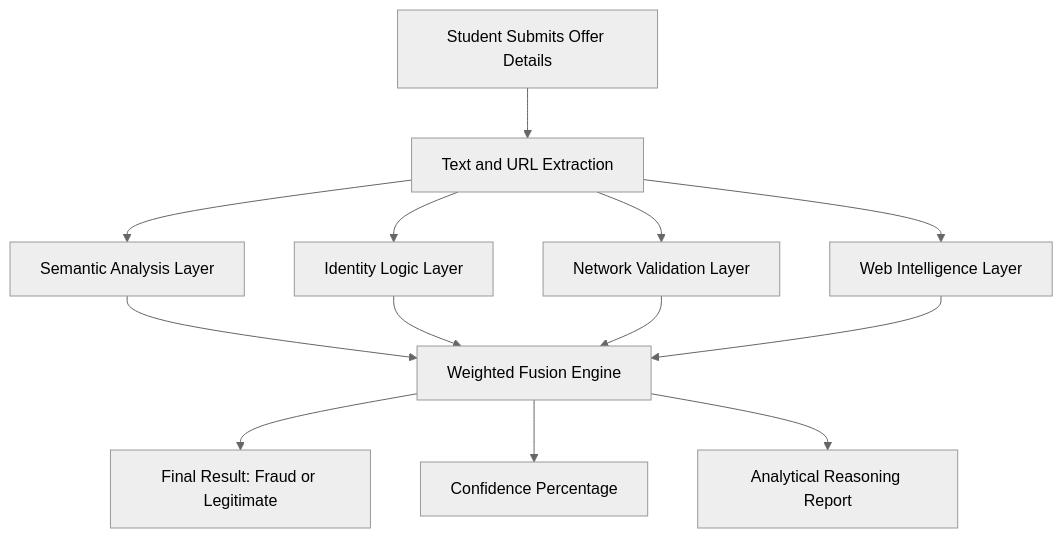
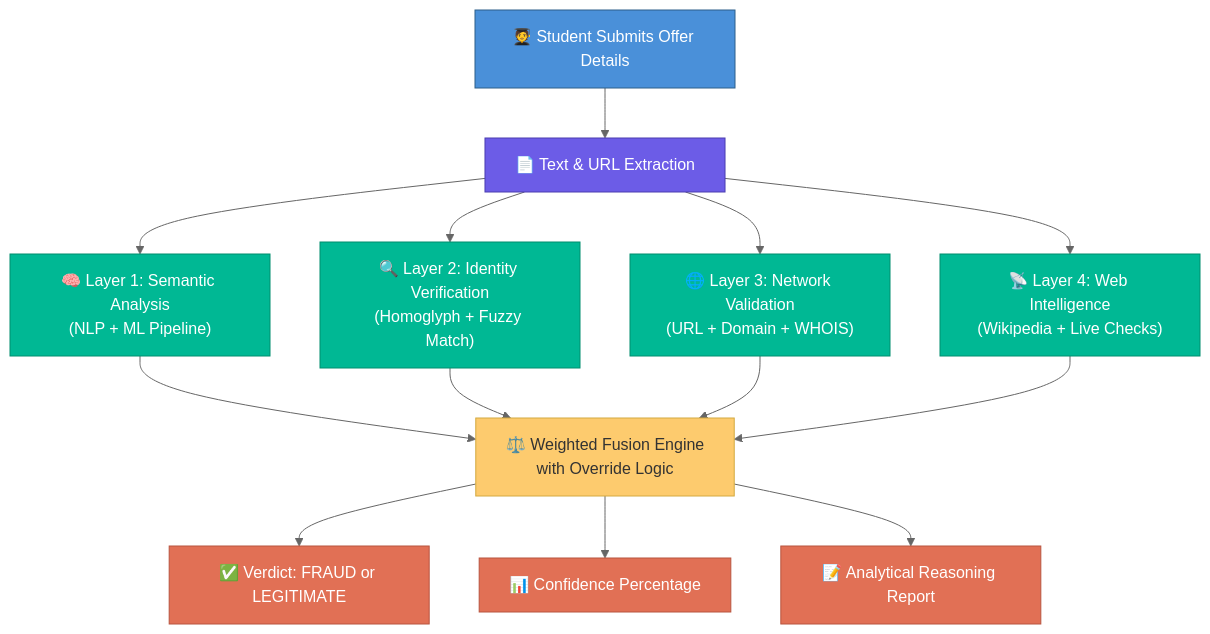
The second of 10 diagrams in Readme.md (ManoShruthiS/VeriIntern-AI), drawn with Mermaid (neutral theme) before and after one commit. The commit also changed other lines of this file and 1 other file, not shown here.

Commit message:
Final ReadMe

````diff
--- a/Readme.md
+++ b/Readme.md
@@ -39,18 +72,24 @@
 ```mermaid
 flowchart TD
-    A[Student Submits Offer Details] --> B[Text and URL Extraction]
+    A["🧑‍🎓 Student Submits Offer Details"]:::input --> B["📄 Text & URL Extraction"]:::process
 
-    B --> C1[Semantic Analysis Layer]
-    B --> C2[Identity Logic Layer]
-    B --> C3[Network Validation Layer]
-    B --> C4[Web Intelligence Layer]
+    B --> C1["🧠 Layer 1: Semantic Analysis<br/>(NLP + ML Pipeline)"]:::layer
+    B --> C2["🔍 Layer 2: Identity Verification<br/>(Homoglyph + Fuzzy Match)"]:::layer
+    B --> C3["🌐 Layer 3: Network Validation<br/>(URL + Domain + WHOIS)"]:::layer
+    B --> C4["📡 Layer 4: Web Intelligence<br/>(Wikipedia + Live Checks)"]:::layer
 
-    C1 --> D[Weighted Fusion Engine]
+    C1 --> D["⚖️ Weighted Fusion Engine<br/>with Override Logic"]:::fusion
     C2 --> D
     C3 --> D
     C4 --> D
 
-    D --> E[Final Result: Fraud or Legitimate]
-    D --> F[Confidence Percentage]
-    D --> G[Analytical Reasoning Report]
+    D --> E["✅ Verdict: FRAUD or LEGITIMATE"]:::output
+    D --> F["📊 Confidence Percentage"]:::output
+    D --> G["📝 Analytical Reasoning Report"]:::output
+
+    classDef input fill:#4A90D9,stroke:#2C5F8A,color:#fff
+    classDef process fill:#6C5CE7,stroke:#4A3DB0,color:#fff
+    classDef layer fill:#00B894,stroke:#008E6F,color:#fff
+    classDef fusion fill:#FDCB6E,stroke:#D4A940,color:#333
+    classDef output fill:#E17055,stroke:#B8543F,color:#fff
 ```
````
